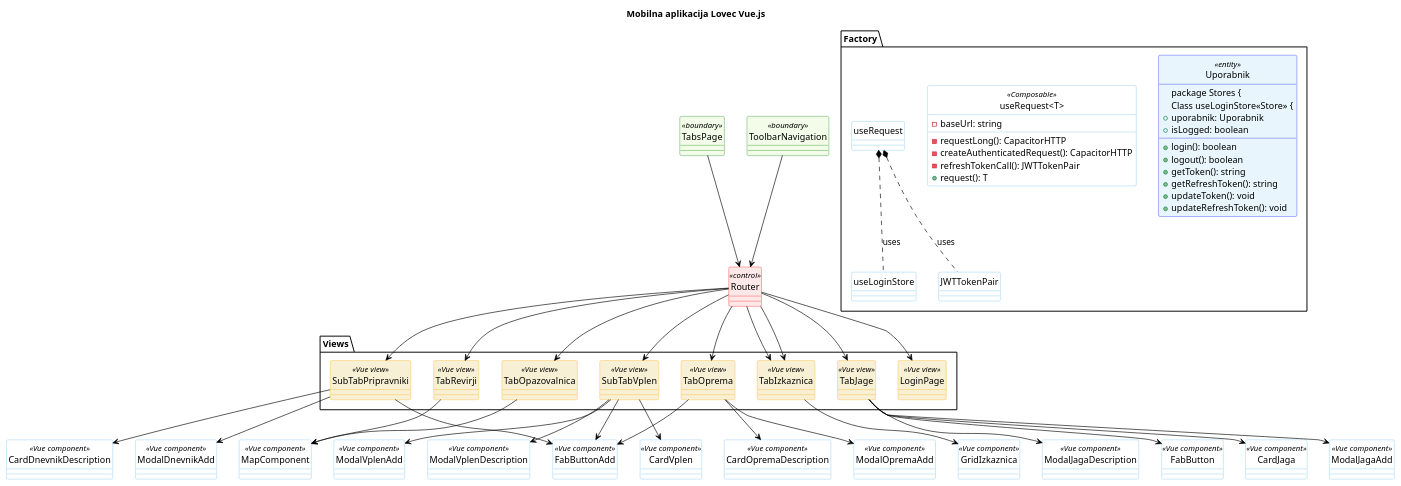
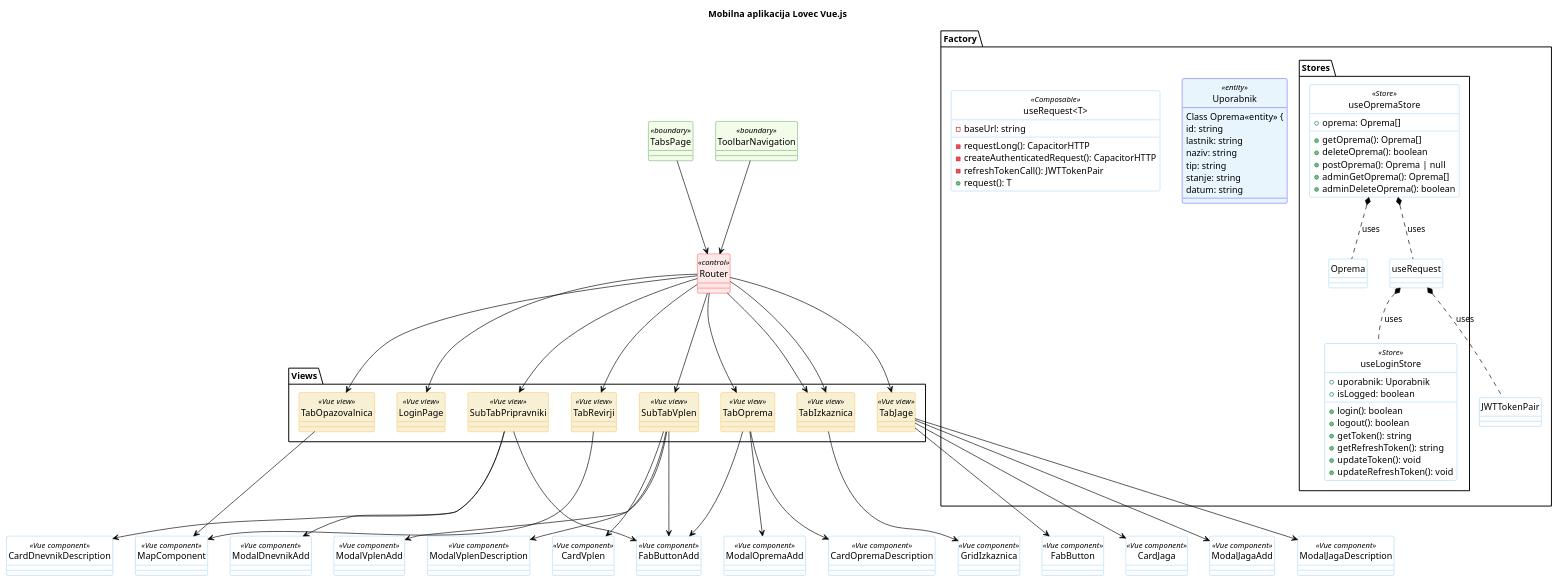
Before and after one commit to janmerhar/lovec: the diagram in docs/uml/front-end.wsd, drawn with PlantUML.

Commit message:
Add Oprema in FE UML

```diff
--- a/docs/uml/front-end.wsd
+++ b/docs/uml/front-end.wsd
@@ -150,6 +150,16 @@
 package Factory{
   Class Uporabnik<<entity>> {
 
+
+  Class Oprema<<entity>> {
+    id: string
+    lastnik: string
+    naziv: string
+    tip: string
+    stanje: string
+    datum: string
+  }
+
 package Stores {
   Class useLoginStore<<Store>> {
     + uporabnik: Uporabnik
@@ -162,6 +172,21 @@
     + updateToken(): void
     + updateRefreshToken(): void
   }
+
+  Class useOpremaStore<<Store>> {
+    + oprema: Oprema[]
+    
+    + getOprema(): Oprema[]
+    + deleteOprema(): boolean
+    + postOprema(): Oprema | null
+    + adminGetOprema(): Oprema[]
+    + adminDeleteOprema(): boolean
+  }
+
+  useOpremaStore *.. Oprema: uses
+  useOpremaStore *.. useRequest: uses
+}
+
   Class "useRequest<T>"<<Composable>> {
     - baseUrl: string
 
```
